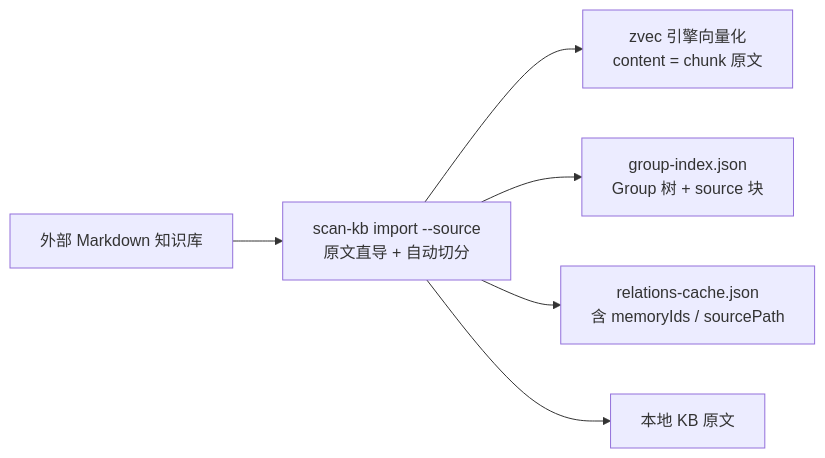
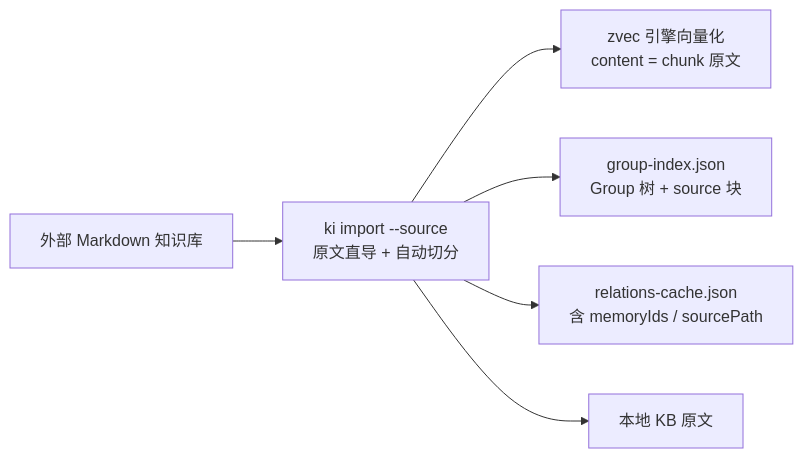
One commit to HACK-WU/kisearch changed the fourth of 5 diagrams in docs/architecture.md. Above: the diagram before and after it, drawn with Mermaid. The commit also changed other lines of this file and 33 other files, not shown here.

First line of the commit message:
feat(cli,web): 扁平化 import 命令并加固 Markdown 渲染安全

````diff
--- a/docs/architecture.md
+++ b/docs/architecture.md
@@ -136,8 +136,8 @@
 ```mermaid
 flowchart LR
-    EXT[外部 Markdown 知识库] --> IMP[scan-kb import --source<br/>原文直导 + 自动切分]
+    EXT[外部 Markdown 知识库] --> IMP[ki import --source<br/>原文直导 + 自动切分]
     IMP --> VEC[zvec 引擎向量化<br/>content = chunk 原文]
     IMP --> GI2[group-index.json<br/>Group 树 + source 块]
     IMP --> RC2[relations-cache.json<br/>含 memoryIds / sourcePath]
     IMP --> KB2[本地 KB 原文]
 ```
````
